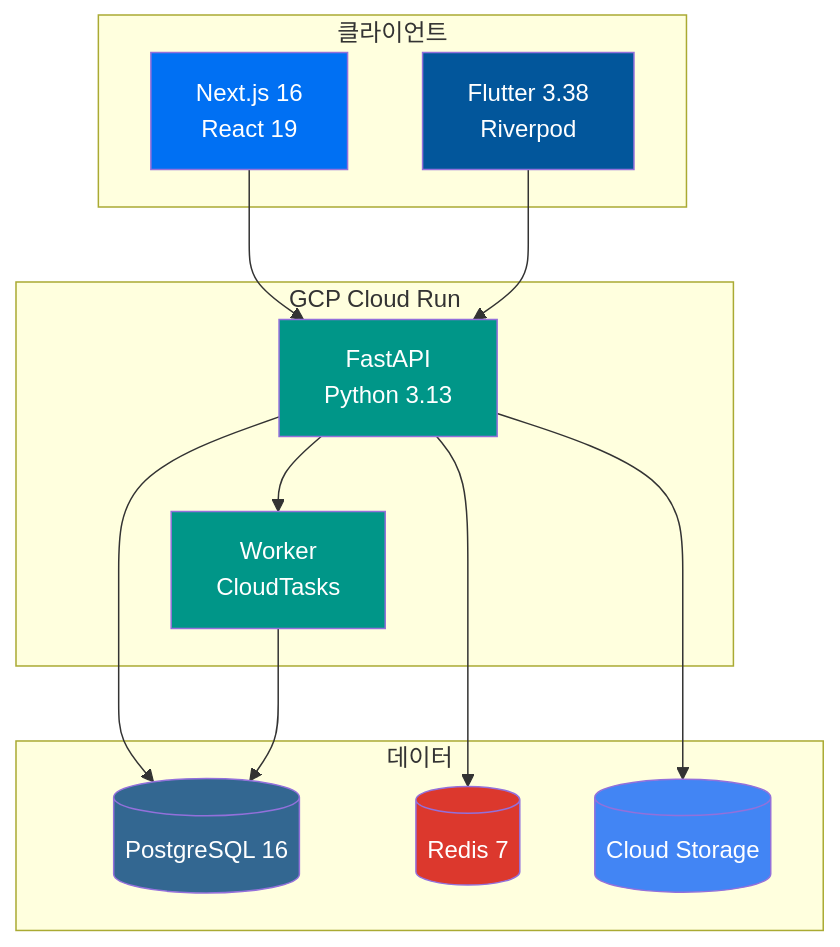
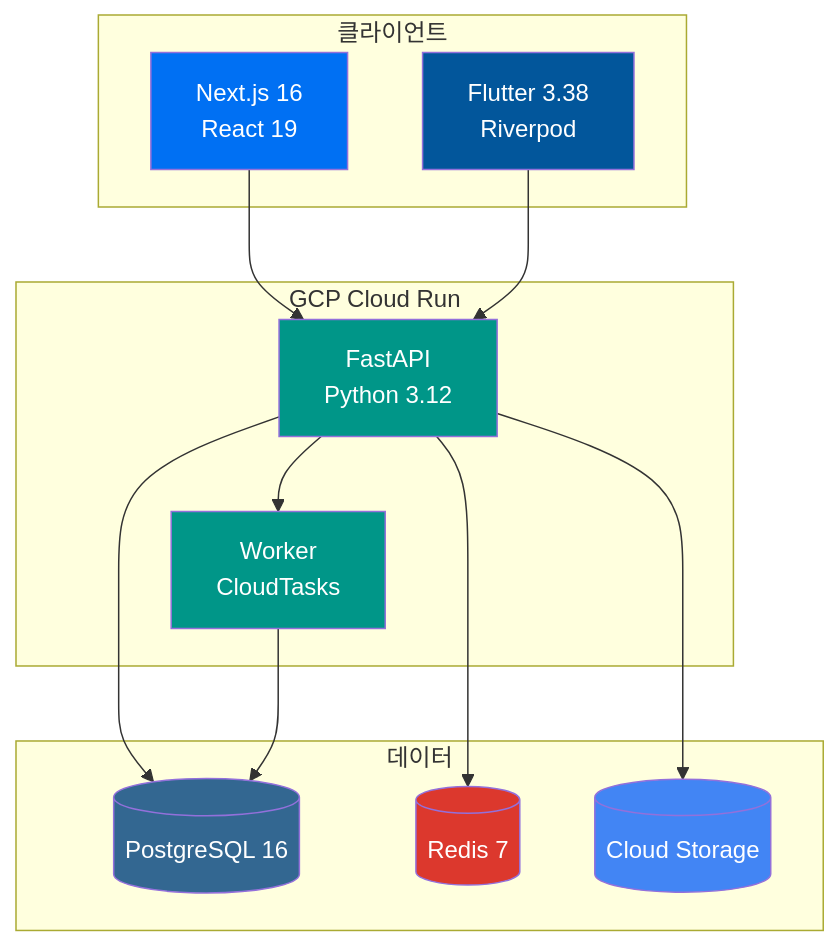
One commit to ksrae/tag-diary-app changed the diagram in README.ko.md. Above: the diagram before and after it, drawn with Mermaid. The commit also changed other lines of this file and 10 other files, not shown here.

````diff
--- a/README.ko.md
+++ b/README.ko.md
@@ -15,34 +15,34 @@
 ```mermaid
 graph TB
     subgraph Client["클라이언트"]
         Web[Next.js 16<br/>React 19]
         Mobile[Flutter 3.38<br/>Riverpod]
     end
 
     subgraph GCP["GCP Cloud Run"]
-        API[FastAPI<br/>Python 3.13]
+        API[FastAPI<br/>Python 3.12]
         Worker[Worker<br/>CloudTasks]
     end
 
     subgraph Data["데이터"]
         DB[(PostgreSQL 16)]
         Cache[(Redis 7)]
         Storage[(Cloud Storage)]
     end
 
     Web --> API
     Mobile --> API
     API --> DB
     API --> Cache
     API --> Worker
     Worker --> DB
     API --> Storage
 
     style Web fill:#0070f3,color:#fff
     style Mobile fill:#02569B,color:#fff
     style API fill:#009688,color:#fff
     style Worker fill:#009688,color:#fff
     style DB fill:#336791,color:#fff
     style Cache fill:#DC382D,color:#fff
     style Storage fill:#4285F4,color:#fff
 ```
````
